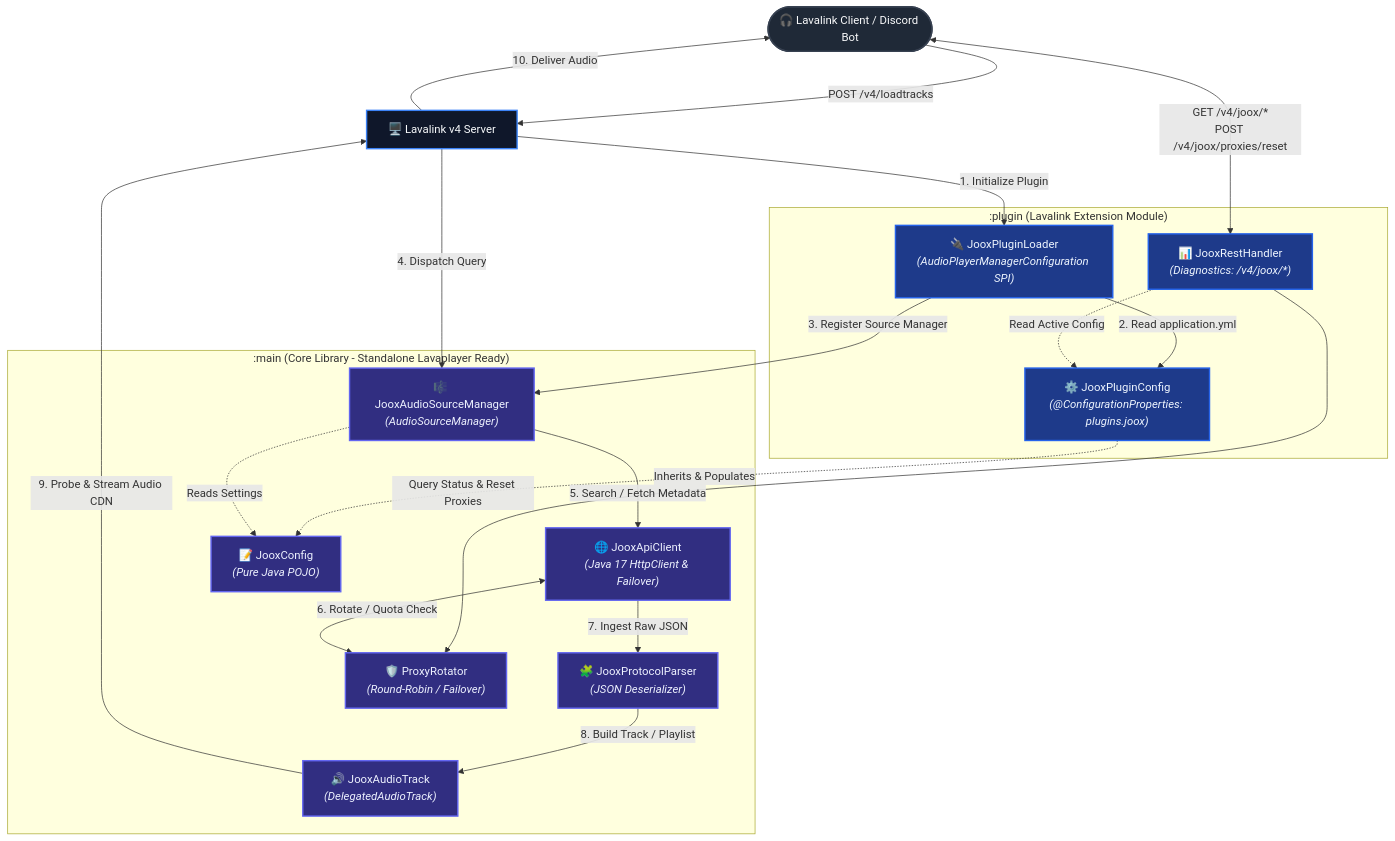
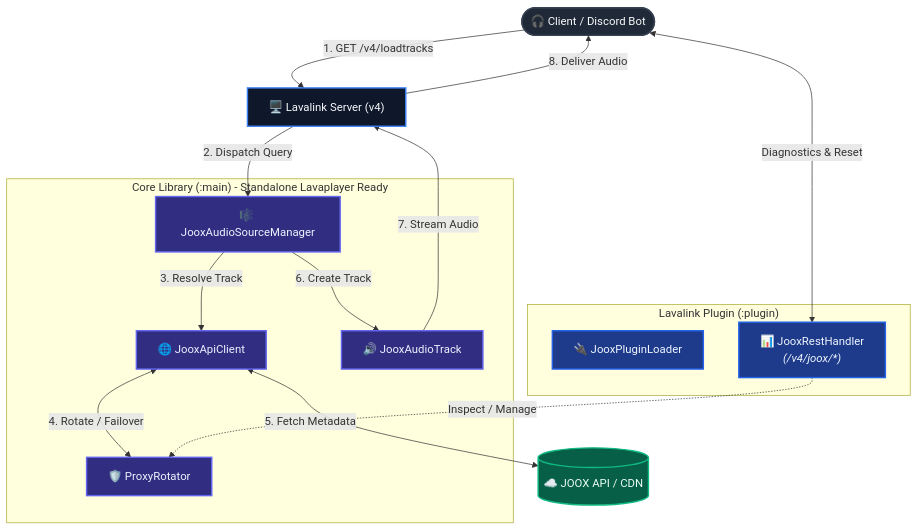
The first of 2 diagrams in README.md (PeterGamez/JooxSource), drawn with Mermaid before and after one commit.

Commit message:
docs: simplify and update architecture flowchart in README

````diff
--- a/README.md
+++ b/README.md
@@ -13,47 +13,44 @@
 ```mermaid
 flowchart TD
-    Client(["🎧 Lavalink Client / Discord Bot"]) -->|"POST /v4/loadtracks"| Lavalink["🖥️ Lavalink v4 Server"]
-    Client <-->|"GET /v4/joox/*<br/>POST /v4/joox/proxies/reset"| RestApi
+    Client(["🎧 Client / Discord Bot"]) -->|"1. GET /v4/loadtracks"| LavalinkServer["🖥️ Lavalink Server (v4)"]
 
-    subgraph PluginModule [":plugin (Lavalink Extension Module)"]
-        PluginLoader["🔌 JooxPluginLoader<br/><i>(AudioPlayerManagerConfiguration SPI)</i>"]
-        PluginConfig["⚙️ JooxPluginConfig<br/><i>(@ConfigurationProperties: plugins.joox)</i>"]
-        RestApi["📊 JooxRestHandler<br/><i>(Diagnostics: /v4/joox/*)</i>"]
+    subgraph Plugin ["Lavalink Plugin (:plugin)"]
+        PluginLoader["🔌 JooxPluginLoader"]
+        RestHandler["📊 JooxRestHandler<br/><i>(/v4/joox/*)</i>"]
     end
 
-    subgraph CoreModule [":main (Core Library - Standalone Lavaplayer Ready)"]
-        SourceManager["🎼 JooxAudioSourceManager<br/><i>(AudioSourceManager)</i>"]
-        AudioTrack["🔊 JooxAudioTrack<br/><i>(DelegatedAudioTrack)</i>"]
-        ApiClient["🌐 JooxApiClient<br/><i>(Java 17 HttpClient & Failover)</i>"]
-        ProtocolParser["🧩 JooxProtocolParser<br/><i>(JSON Deserializer)</i>"]
-        ProxyRotator["🛡️ ProxyRotator<br/><i>(Round-Robin / Failover)</i>"]
-        CoreConfig["📝 JooxConfig<br/><i>(Pure Java POJO)</i>"]
+    subgraph Core ["Core Library (:main) - Standalone Lavaplayer Ready"]
+        SourceManager["🎼 JooxAudioSourceManager"]
+        ApiClient["🌐 JooxApiClient"]
+        ProxyRotator["🛡️ ProxyRotator"]
+        AudioTrack["🔊 JooxAudioTrack"]
     end
 
-    Lavalink -->|"1. Initialize Plugin"| PluginLoader
-    PluginLoader -->|"2. Read application.yml"| PluginConfig
-    PluginConfig -.->|"Inherits & Populates"| CoreConfig
-    PluginLoader -->|"3. Register Source Manager"| SourceManager
-    SourceManager -.->|"Reads Settings"| CoreConfig
+    JooxAPI[("☁️ JOOX API / CDN")]
 
-    RestApi -->|"Query Status & Reset Proxies"| ProxyRotator
-    RestApi -.->|"Read Active Config"| PluginConfig
+    %% Execution Flow
+    LavalinkServer -->|"2. Dispatch Query"| SourceManager
+    SourceManager -->|"3. Resolve Track"| ApiClient
+    ApiClient <-->|"4. Rotate / Failover"| ProxyRotator
+    ApiClient <-->|"5. Fetch Metadata"| JooxAPI
+    SourceManager -->|"6. Create Track"| AudioTrack
+    AudioTrack -->|"7. Stream Audio"| LavalinkServer
+    LavalinkServer -->|"8. Deliver Audio"| Client
 
-    Lavalink -->|"4. Dispatch Query"| SourceManager
-    SourceManager -->|"5. Search / Fetch Metadata"| ApiClient
-    ApiClient <-->|"6. Rotate / Quota Check"| ProxyRotator
-    ApiClient -->|"7. Ingest Raw JSON"| ProtocolParser
-    ProtocolParser -->|"8. Build Track / Playlist"| AudioTrack
-    AudioTrack -->|"9. Probe & Stream Audio CDN"| Lavalink
-    Lavalink -->|"10. Deliver Audio"| Client
+    %% Diagnostics REST
+    Client <-->|"Diagnostics & Reset"| RestHandler
+    RestHandler -.->|"Inspect / Manage"| ProxyRotator
 
+    %% Custom Styling
     classDef clientNode fill:#1f2937,stroke:#374151,stroke-width:2px,color:#f9fafb;
     classDef serverNode fill:#0f172a,stroke:#3b82f6,stroke-width:2px,color:#f8fafc;
     classDef pluginNode fill:#1e3a8a,stroke:#2563eb,stroke-width:2px,color:#eff6ff;
     classDef coreNode fill:#312e81,stroke:#6366f1,stroke-width:2px,color:#eef2ff;
+    classDef cloudNode fill:#065f46,stroke:#10b981,stroke-width:2px,color:#ecfdf5;
 
     class Client clientNode;
-    class Lavalink serverNode;
-    class PluginLoader,PluginConfig,RestApi pluginNode;
-    class SourceManager,AudioTrack,ApiClient,ProtocolParser,ProxyRotator,CoreConfig coreNode;
+    class LavalinkServer serverNode;
+    class PluginLoader,RestHandler pluginNode;
+    class SourceManager,ApiClient,ProxyRotator,AudioTrack coreNode;
+    class JooxAPI cloudNode;
 ```
````
